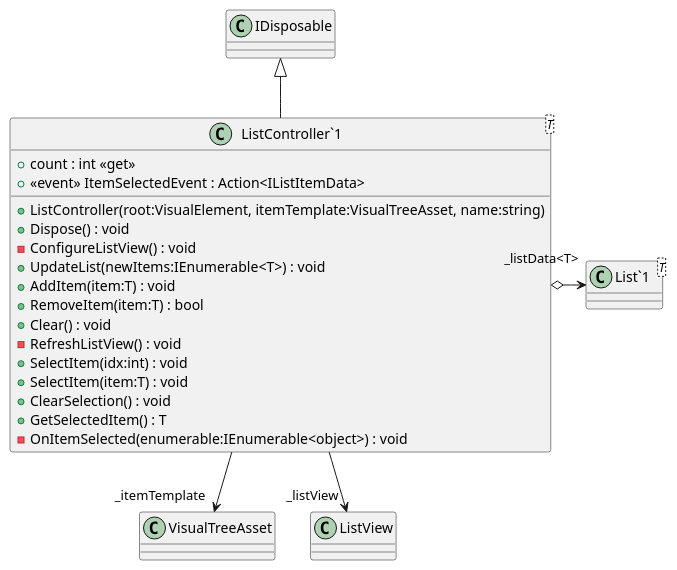
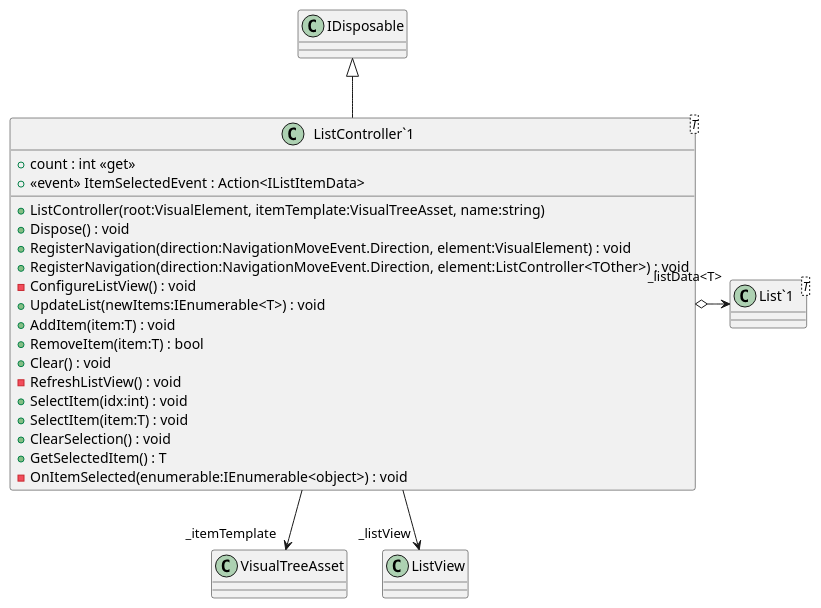
The diagram in Assets/Documentation/UML/Simulation/UI/ListController.puml (Ubus99/AVRO-Simulation), drawn with PlantUML before and after one commit. The commit also changed 21 other files, not shown here.

```diff
--- a/Assets/Documentation/UML/Simulation/UI/ListController.puml
+++ b/Assets/Documentation/UML/Simulation/UI/ListController.puml
@@ -1,25 +1,27 @@
 @startuml
 class "ListController`1"<T> {
     + ListController(root:VisualElement, itemTemplate:VisualTreeAsset, name:string)
     + count : int <<get>>
     + Dispose() : void
+    + RegisterNavigation(direction:NavigationMoveEvent.Direction, element:VisualElement) : void
+    + RegisterNavigation(direction:NavigationMoveEvent.Direction, element:ListController<TOther>) : void
     +  <<event>> ItemSelectedEvent : Action<IListItemData> 
     - ConfigureListView() : void
     + UpdateList(newItems:IEnumerable<T>) : void
     + AddItem(item:T) : void
     + RemoveItem(item:T) : bool
     + Clear() : void
     - RefreshListView() : void
     + SelectItem(idx:int) : void
     + SelectItem(item:T) : void
     + ClearSelection() : void
     + GetSelectedItem() : T
     - OnItemSelected(enumerable:IEnumerable<object>) : void
 }
 class "List`1"<T> {
 }
 IDisposable <|-- "ListController`1"
 "ListController`1" --> "_itemTemplate" VisualTreeAsset
 "ListController`1" o-> "_listData<T>" "List`1"
 "ListController`1" --> "_listView" ListView
 @enduml
```
